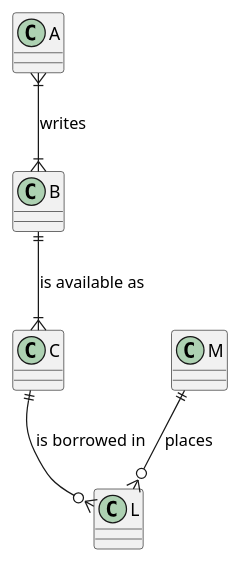
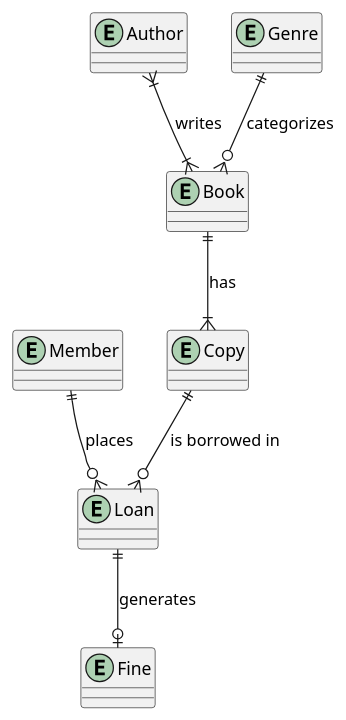
Before and after one commit to yassnethga/DBMS_02: the diagram in schema.puml, drawn with PlantUML.

Commit message:
feat: add Genre and Fine to ER model

```diff
--- a/schema.puml
+++ b/schema.puml
@@ -1,8 +1,19 @@
 @startuml
 
-A }|--|{ B : "writes"
-B ||--|{ C : "is available as"
-M ||--o{ L : "places"
-C ||--o{ L : "is borrowed in"
+entity Book
+entity Author
+entity Copy
+entity Member
+entity Loan
+entity Genre
+entity Fine
+
+Author }|--|{ Book : writes
+Book ||--|{ Copy : has
+Member ||--o{ Loan : places
+Copy ||--o{ Loan : is borrowed in
+
+Genre ||--o{ Book : categorizes
+Loan ||--o| Fine : generates
 
 @enduml
```
